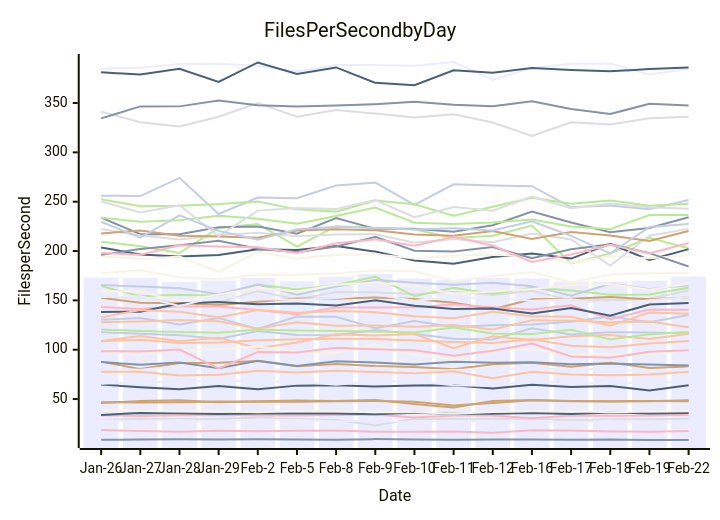
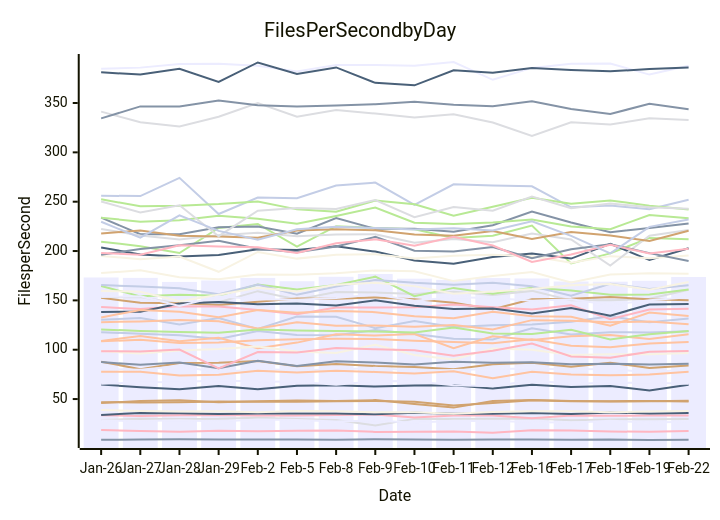
Before and after one commit to streetsidesoftware/cspell: the diagram in perf-report.md, drawn with Mermaid. The commit also changed other lines of this file and 1 other file, not shown here.

````diff
--- a/perf-report.md
+++ b/perf-report.md
@@ -10,57 +10,57 @@
 ```mermaid
 xychart-beta
     title Files Per Second by Day
     y-axis Files per Second
     x-axis Date [Jan-26, Jan-27, Jan-28, Jan-29, Feb-2, Feb-5, Feb-8, Feb-9, Feb-10, Feb-11, Feb-12, Feb-16, Feb-17, Feb-18, Feb-19, Feb-22]
-    bar [173.21, 172.82, 168.69, 170.17, 172.76, 169.39, 173.94, 176.68, 172.01, 170.80, 172.59, 172.20, 169.11, 168.97, 169.87, 174.19]
-    line [8.69, 9.06, 9.17, 8.90, 9.14, 9.10, 8.87, 9.39, 9.10, 8.79, 9.11, 8.93, 8.64, 9.05, 8.51, 8.50]
-    line [108.52, 110.13, 106.78, 107.20, 109.65, 110.63, 111.16, 110.94, 109.21, 107.83, 106.68, 110.60, 103.95, 102.58, 106.20, 108.80]
-    line [28.70, 30.12, 29.90, 29.99, 31.08, 29.80, 28.87, 23.26, 29.91, 29.82, 30.05, 30.35, 28.52, 29.28, 29.65, 30.13]
-    line [209.49, 204.94, 198.04, 223.32, 227.45, 204.37, 225.14, 223.42, 222.08, 213.20, 215.50, 225.73, 187.50, 197.59, 213.32, 202.78]
-    line [87.91, 80.34, 86.50, 86.84, 88.66, 83.22, 85.59, 83.52, 82.54, 80.25, 85.24, 86.74, 82.84, 86.83, 81.45, 83.10]
-    line [130.32, 132.03, 125.54, 132.09, 121.09, 133.64, 133.48, 121.84, 129.06, 122.93, 124.68, 125.50, 128.25, 133.90, 127.83, 135.11]
-    line [33.70, 32.82, 33.62, 33.93, 33.23, 33.25, 33.77, 34.38, 31.28, 33.43, 33.24, 30.53, 33.31, 33.04, 33.28, 33.86]
-    line [203.69, 196.52, 194.52, 195.98, 201.87, 201.12, 204.97, 199.43, 190.33, 187.01, 193.91, 197.53, 192.34, 207.35, 190.87, 201.91]
-    line [195.04, 191.69, 194.48, 178.97, 199.11, 192.32, 196.15, 196.80, 192.49, 195.28, 196.29, 194.83, 188.10, 194.84, 192.66, 195.69]
-    line [80.80, 79.69, 83.58, 77.01, 80.34, 79.32, 79.86, 81.63, 78.70, 79.41, 80.42, 80.99, 80.08, 80.78, 76.61, 80.86]
-    line [233.87, 217.12, 216.93, 224.01, 224.86, 217.64, 233.33, 222.49, 222.54, 219.50, 226.16, 240.10, 228.96, 219.08, 223.33, 234.21]
-    line [127.88, 128.69, 130.23, 128.77, 121.54, 127.82, 124.27, 124.62, 123.31, 125.03, 120.42, 129.98, 129.47, 127.87, 128.69, 122.73]
-    line [152.95, 153.44, 146.68, 148.04, 159.34, 150.93, 158.41, 157.97, 156.56, 158.71, 155.41, 159.62, 150.02, 150.05, 151.55, 160.04]
-    line [233.83, 229.73, 231.27, 235.75, 232.76, 227.56, 235.60, 244.14, 228.71, 227.46, 228.82, 232.02, 224.80, 222.16, 236.53, 236.50]
-    line [152.72, 147.54, 147.09, 145.41, 148.70, 151.93, 151.71, 152.93, 151.27, 147.55, 140.92, 151.13, 151.76, 153.31, 151.18, 152.94]
-    line [256.11, 255.68, 274.20, 237.51, 254.20, 253.57, 266.34, 269.39, 246.86, 267.66, 266.35, 265.66, 244.28, 246.16, 242.48, 251.77]
-    line [18.55, 17.57, 16.82, 17.76, 17.39, 17.79, 18.01, 16.74, 16.81, 17.17, 15.81, 18.35, 18.08, 17.18, 16.76, 17.59]
-    line [33.94, 35.92, 35.70, 34.97, 35.24, 35.24, 35.29, 34.51, 36.01, 35.10, 35.21, 35.98, 34.82, 36.43, 35.46, 35.98]
-    line [38.81, 37.93, 37.35, 37.58, 36.65, 37.87, 37.52, 36.62, 36.71, 35.21, 36.78, 37.62, 37.74, 36.57, 37.30, 37.62]
-    line [384.72, 385.87, 389.43, 389.76, 387.86, 381.95, 388.55, 388.50, 387.75, 391.57, 373.53, 385.59, 389.88, 390.09, 378.81, 384.75]
-    line [87.49, 84.71, 86.94, 81.29, 88.85, 83.51, 88.25, 87.06, 84.92, 87.81, 86.69, 87.24, 85.15, 85.90, 85.00, 83.89]
-    line [77.74, 77.78, 73.82, 74.60, 78.73, 76.88, 78.62, 77.47, 76.02, 78.07, 71.09, 77.64, 74.87, 74.07, 74.98, 77.60]
-    line [222.41, 215.81, 211.64, 216.10, 218.52, 215.06, 216.88, 216.99, 208.40, 212.31, 208.84, 217.81, 211.80, 185.28, 215.46, 222.46]
-    line [164.60, 154.09, 155.59, 154.71, 166.16, 160.94, 165.57, 174.04, 154.30, 162.65, 156.66, 162.87, 159.96, 155.64, 155.90, 162.77]
-    line [217.84, 220.87, 215.44, 214.77, 213.40, 220.70, 222.08, 221.01, 216.87, 215.38, 220.23, 212.12, 219.37, 215.84, 210.18, 220.28]
-    line [117.78, 116.14, 114.78, 110.96, 118.96, 114.84, 114.56, 119.99, 116.03, 111.12, 110.27, 121.81, 115.35, 117.70, 117.45, 116.57]
-    line [143.21, 141.20, 143.98, 143.78, 140.14, 135.87, 142.86, 142.75, 143.10, 145.82, 143.11, 140.65, 144.98, 130.98, 140.65, 140.53]
-    line [64.72, 62.00, 60.00, 63.28, 59.94, 63.60, 64.06, 62.64, 63.65, 63.88, 60.68, 64.42, 62.12, 63.28, 58.66, 64.09]
-    line [177.69, 180.46, 173.36, 171.47, 176.27, 176.08, 177.50, 180.37, 179.50, 169.53, 174.82, 178.71, 168.06, 176.19, 177.57, 177.70]
-    line [65.41, 67.07, 67.22, 68.71, 67.83, 67.42, 64.50, 68.29, 67.95, 63.94, 63.10, 68.79, 65.40, 66.62, 66.45, 67.64]
-    line [196.11, 202.03, 205.84, 210.33, 202.30, 198.84, 204.68, 214.35, 200.27, 199.54, 204.14, 192.69, 201.75, 206.87, 197.87, 184.35]
-    line [108.80, 113.98, 108.63, 112.03, 101.57, 107.21, 115.59, 114.29, 115.98, 101.55, 113.56, 109.85, 113.73, 114.86, 110.85, 116.20]
-    line [341.26, 330.59, 326.24, 336.05, 350.02, 336.18, 342.95, 339.36, 335.43, 338.51, 330.30, 316.59, 330.53, 328.24, 334.55, 336.04]
-    line [252.46, 245.33, 245.88, 247.56, 250.17, 242.23, 239.94, 251.24, 247.36, 235.88, 244.92, 253.98, 247.84, 251.30, 245.99, 248.02]
-    line [46.87, 46.43, 46.80, 47.45, 47.29, 47.35, 47.86, 48.05, 47.30, 43.46, 46.02, 48.76, 47.89, 47.85, 48.05, 47.75]
-    line [165.48, 164.06, 162.34, 156.27, 166.07, 155.61, 164.06, 170.66, 167.78, 165.93, 167.97, 164.38, 154.74, 166.79, 161.65, 165.22]
-    line [197.93, 196.32, 205.82, 204.70, 203.85, 198.04, 207.86, 211.91, 205.36, 214.41, 205.57, 188.86, 196.47, 206.41, 197.46, 208.12]
-    line [138.21, 138.55, 146.90, 148.25, 146.04, 146.87, 144.71, 150.09, 144.64, 141.32, 141.68, 136.63, 142.32, 134.55, 145.82, 147.25]
-    line [98.65, 96.11, 99.25, 100.66, 103.18, 98.24, 96.65, 104.96, 94.67, 90.15, 101.17, 99.92, 94.76, 95.38, 95.32, 99.83]
-    line [28.41, 27.77, 28.43, 27.26, 29.20, 28.78, 27.22, 28.25, 25.94, 28.04, 27.66, 26.73, 25.95, 28.09, 26.29, 27.34]
-    line [334.45, 346.57, 346.60, 352.58, 347.78, 346.57, 347.57, 348.75, 351.19, 348.15, 346.62, 351.78, 343.88, 338.94, 349.19, 347.60]
-    line [132.73, 140.24, 138.48, 133.03, 140.20, 137.55, 139.32, 138.06, 134.03, 131.86, 138.50, 133.91, 133.44, 124.24, 137.70, 136.35]
-    line [250.24, 239.03, 246.34, 215.04, 240.95, 243.60, 242.70, 251.69, 234.31, 244.51, 240.78, 255.22, 243.34, 248.23, 244.44, 242.78]
-    line [120.57, 119.01, 117.99, 117.30, 120.43, 119.43, 118.96, 118.43, 117.39, 122.51, 116.51, 115.88, 120.25, 110.42, 115.69, 117.90]
-    line [46.02, 47.96, 48.80, 46.78, 47.79, 48.42, 47.97, 48.95, 44.92, 41.33, 48.11, 48.93, 47.91, 47.47, 47.85, 48.78]
-    line [229.64, 213.50, 236.23, 220.41, 211.45, 222.13, 224.72, 223.26, 221.76, 223.13, 220.88, 230.21, 215.32, 197.56, 224.48, 227.51]
-    line [98.45, 98.30, 100.11, 81.16, 97.62, 97.16, 101.86, 100.35, 99.46, 93.91, 99.01, 106.34, 93.17, 91.86, 97.86, 99.46]
-    line [381.11, 378.87, 384.64, 371.32, 391.09, 379.53, 386.07, 370.43, 367.95, 383.26, 380.80, 385.48, 383.39, 382.12, 384.41, 386.04]
-    line [159.47, 158.84, 149.03, 155.81, 162.82, 158.93, 165.88, 167.89, 164.45, 156.78, 159.08, 161.56, 165.23, 166.55, 160.76, 166.89]
-    line [153.48, 154.19, 144.39, 154.19, 151.10, 150.58, 152.48, 156.02, 149.70, 153.17, 152.51, 149.58, 151.17, 145.28, 150.19, 153.25]
+    bar [173.21, 172.82, 168.69, 170.17, 172.76, 169.39, 173.94, 176.68, 172.01, 170.80, 172.59, 172.20, 169.11, 168.97, 169.87, 173.64]
+    line [8.69, 9.06, 9.17, 8.90, 9.14, 9.10, 8.87, 9.39, 9.10, 8.79, 9.11, 8.93, 8.64, 9.05, 8.51, 8.68]
+    line [108.52, 110.13, 106.78, 107.20, 109.65, 110.63, 111.16, 110.94, 109.21, 107.83, 106.68, 110.60, 103.95, 102.58, 106.20, 107.78]
+    line [28.70, 30.12, 29.90, 29.99, 31.08, 29.80, 28.87, 23.26, 29.91, 29.82, 30.05, 30.35, 28.52, 29.28, 29.65, 29.74]
+    line [209.49, 204.94, 198.04, 223.32, 227.45, 204.37, 225.14, 223.42, 222.08, 213.20, 215.50, 225.73, 187.50, 197.59, 213.32, 212.01]
+    line [87.91, 80.34, 86.50, 86.84, 88.66, 83.22, 85.59, 83.52, 82.54, 80.25, 85.24, 86.74, 82.84, 86.83, 81.45, 84.05]
+    line [130.32, 132.03, 125.54, 132.09, 121.09, 133.64, 133.48, 121.84, 129.06, 122.93, 124.68, 125.50, 128.25, 133.90, 127.83, 131.71]
+    line [33.70, 32.82, 33.62, 33.93, 33.23, 33.25, 33.77, 34.38, 31.28, 33.43, 33.24, 30.53, 33.31, 33.04, 33.28, 33.35]
+    line [203.69, 196.52, 194.52, 195.98, 201.87, 201.12, 204.97, 199.43, 190.33, 187.01, 193.91, 197.53, 192.34, 207.35, 190.87, 202.88]
+    line [195.04, 191.69, 194.48, 178.97, 199.11, 192.32, 196.15, 196.80, 192.49, 195.28, 196.29, 194.83, 188.10, 194.84, 192.66, 195.37]
+    line [80.80, 79.69, 83.58, 77.01, 80.34, 79.32, 79.86, 81.63, 78.70, 79.41, 80.42, 80.99, 80.08, 80.78, 76.61, 80.52]
+    line [233.87, 217.12, 216.93, 224.01, 224.86, 217.64, 233.33, 222.49, 222.54, 219.50, 226.16, 240.10, 228.96, 219.08, 223.33, 227.92]
+    line [127.88, 128.69, 130.23, 128.77, 121.54, 127.82, 124.27, 124.62, 123.31, 125.03, 120.42, 129.98, 129.47, 127.87, 128.69, 125.78]
+    line [152.95, 153.44, 146.68, 148.04, 159.34, 150.93, 158.41, 157.97, 156.56, 158.71, 155.41, 159.62, 150.02, 150.05, 151.55, 160.77]
+    line [233.83, 229.73, 231.27, 235.75, 232.76, 227.56, 235.60, 244.14, 228.71, 227.46, 228.82, 232.02, 224.80, 222.16, 236.53, 233.20]
+    line [152.72, 147.54, 147.09, 145.41, 148.70, 151.93, 151.71, 152.93, 151.27, 147.55, 140.92, 151.13, 151.76, 153.31, 151.18, 150.10]
+    line [256.11, 255.68, 274.20, 237.51, 254.20, 253.57, 266.34, 269.39, 246.86, 267.66, 266.35, 265.66, 244.28, 246.16, 242.48, 252.03]
+    line [18.55, 17.57, 16.82, 17.76, 17.39, 17.79, 18.01, 16.74, 16.81, 17.17, 15.81, 18.35, 18.08, 17.18, 16.76, 17.69]
+    line [33.94, 35.92, 35.70, 34.97, 35.24, 35.24, 35.29, 34.51, 36.01, 35.10, 35.21, 35.98, 34.82, 36.43, 35.46, 35.83]
+    line [38.81, 37.93, 37.35, 37.58, 36.65, 37.87, 37.52, 36.62, 36.71, 35.21, 36.78, 37.62, 37.74, 36.57, 37.30, 37.95]
+    line [384.72, 385.87, 389.43, 389.76, 387.86, 381.95, 388.55, 388.50, 387.75, 391.57, 373.53, 385.59, 389.88, 390.09, 378.81, 387.85]
+    line [87.49, 84.71, 86.94, 81.29, 88.85, 83.51, 88.25, 87.06, 84.92, 87.81, 86.69, 87.24, 85.15, 85.90, 85.00, 85.77]
+    line [77.74, 77.78, 73.82, 74.60, 78.73, 76.88, 78.62, 77.47, 76.02, 78.07, 71.09, 77.64, 74.87, 74.07, 74.98, 77.55]
+    line [222.41, 215.81, 211.64, 216.10, 218.52, 215.06, 216.88, 216.99, 208.40, 212.31, 208.84, 217.81, 211.80, 185.28, 215.46, 221.35]
+    line [164.60, 154.09, 155.59, 154.71, 166.16, 160.94, 165.57, 174.04, 154.30, 162.65, 156.66, 162.87, 159.96, 155.64, 155.90, 161.12]
+    line [217.84, 220.87, 215.44, 214.77, 213.40, 220.70, 222.08, 221.01, 216.87, 215.38, 220.23, 212.12, 219.37, 215.84, 210.18, 220.61]
+    line [117.78, 116.14, 114.78, 110.96, 118.96, 114.84, 114.56, 119.99, 116.03, 111.12, 110.27, 121.81, 115.35, 117.70, 117.45, 118.66]
+    line [143.21, 141.20, 143.98, 143.78, 140.14, 135.87, 142.86, 142.75, 143.10, 145.82, 143.11, 140.65, 144.98, 130.98, 140.65, 141.53]
+    line [64.72, 62.00, 60.00, 63.28, 59.94, 63.60, 64.06, 62.64, 63.65, 63.88, 60.68, 64.42, 62.12, 63.28, 58.66, 64.55]
+    line [177.69, 180.46, 173.36, 171.47, 176.27, 176.08, 177.50, 180.37, 179.50, 169.53, 174.82, 178.71, 168.06, 176.19, 177.57, 177.03]
+    line [65.41, 67.07, 67.22, 68.71, 67.83, 67.42, 64.50, 68.29, 67.95, 63.94, 63.10, 68.79, 65.40, 66.62, 66.45, 65.50]
+    line [196.11, 202.03, 205.84, 210.33, 202.30, 198.84, 204.68, 214.35, 200.27, 199.54, 204.14, 192.69, 201.75, 206.87, 197.87, 189.99]
+    line [108.80, 113.98, 108.63, 112.03, 101.57, 107.21, 115.59, 114.29, 115.98, 101.55, 113.56, 109.85, 113.73, 114.86, 110.85, 115.73]
+    line [341.26, 330.59, 326.24, 336.05, 350.02, 336.18, 342.95, 339.36, 335.43, 338.51, 330.30, 316.59, 330.53, 328.24, 334.55, 332.88]
+    line [252.46, 245.33, 245.88, 247.56, 250.17, 242.23, 239.94, 251.24, 247.36, 235.88, 244.92, 253.98, 247.84, 251.30, 245.99, 242.05]
+    line [46.87, 46.43, 46.80, 47.45, 47.29, 47.35, 47.86, 48.05, 47.30, 43.46, 46.02, 48.76, 47.89, 47.85, 48.05, 47.57]
+    line [165.48, 164.06, 162.34, 156.27, 166.07, 155.61, 164.06, 170.66, 167.78, 165.93, 167.97, 164.38, 154.74, 166.79, 161.65, 165.34]
+    line [197.93, 196.32, 205.82, 204.70, 203.85, 198.04, 207.86, 211.91, 205.36, 214.41, 205.57, 188.86, 196.47, 206.41, 197.46, 202.40]
+    line [138.21, 138.55, 146.90, 148.25, 146.04, 146.87, 144.71, 150.09, 144.64, 141.32, 141.68, 136.63, 142.32, 134.55, 145.82, 146.31]
+    line [98.65, 96.11, 99.25, 100.66, 103.18, 98.24, 96.65, 104.96, 94.67, 90.15, 101.17, 99.92, 94.76, 95.38, 95.32, 96.56]
+    line [28.41, 27.77, 28.43, 27.26, 29.20, 28.78, 27.22, 28.25, 25.94, 28.04, 27.66, 26.73, 25.95, 28.09, 26.29, 26.89]
+    line [334.45, 346.57, 346.60, 352.58, 347.78, 346.57, 347.57, 348.75, 351.19, 348.15, 346.62, 351.78, 343.88, 338.94, 349.19, 343.58]
+    line [132.73, 140.24, 138.48, 133.03, 140.20, 137.55, 139.32, 138.06, 134.03, 131.86, 138.50, 133.91, 133.44, 124.24, 137.70, 134.25]
+    line [250.24, 239.03, 246.34, 215.04, 240.95, 243.60, 242.70, 251.69, 234.31, 244.51, 240.78, 255.22, 243.34, 248.23, 244.44, 242.76]
+    line [120.57, 119.01, 117.99, 117.30, 120.43, 119.43, 118.96, 118.43, 117.39, 122.51, 116.51, 115.88, 120.25, 110.42, 115.69, 119.07]
+    line [46.02, 47.96, 48.80, 46.78, 47.79, 48.42, 47.97, 48.95, 44.92, 41.33, 48.11, 48.93, 47.91, 47.47, 47.85, 48.38]
+    line [229.64, 213.50, 236.23, 220.41, 211.45, 222.13, 224.72, 223.26, 221.76, 223.13, 220.88, 230.21, 215.32, 197.56, 224.48, 231.92]
+    line [98.45, 98.30, 100.11, 81.16, 97.62, 97.16, 101.86, 100.35, 99.46, 93.91, 99.01, 106.34, 93.17, 91.86, 97.86, 98.64]
+    line [381.11, 378.87, 384.64, 371.32, 391.09, 379.53, 386.07, 370.43, 367.95, 383.26, 380.80, 385.48, 383.39, 382.12, 384.41, 385.92]
+    line [159.47, 158.84, 149.03, 155.81, 162.82, 158.93, 165.88, 167.89, 164.45, 156.78, 159.08, 161.56, 165.23, 166.55, 160.76, 168.55]
+    line [153.48, 154.19, 144.39, 154.19, 151.10, 150.58, 152.48, 156.02, 149.70, 153.17, 152.51, 149.58, 151.17, 145.28, 150.19, 153.20]
 ```
````
